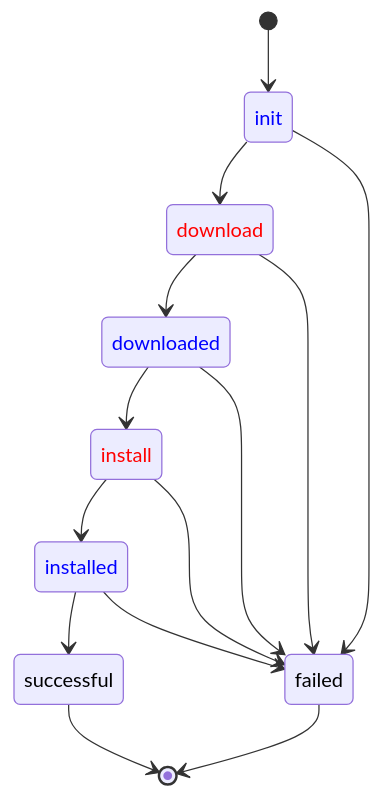
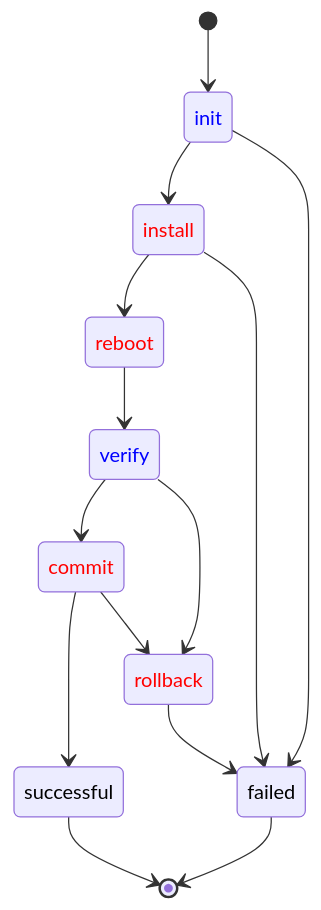
One commit to thin-edge/thin-edge.io changed the diagram in docs/src/references/agent/operation-workflow.md. Above: the diagram before and after it, drawn with Mermaid. The commit also changed other lines of this file and 3 other files, not shown here.

````diff
--- a/docs/src/references/agent/operation-workflow.md
+++ b/docs/src/references/agent/operation-workflow.md
@@ -32,25 +32,25 @@
 ```mermaid
 stateDiagram-v2
     [*] --> init
-    init --> download
-    download --> downloaded
-    downloaded --> install
-    install --> installed 
-    installed --> successful
+    init --> install
+    install --> reboot 
+    reboot --> verify
+    verify --> commit
+    commit --> successful
     init --> failed
-    download --> failed
-    downloaded --> failed
     install --> failed
-    installed --> failed
+    verify --> rollback
+    commit --> rollback
+    rollback --> failed
     successful --> [*]
     failed --> [*]
     
     classDef specific color:blue;
-    class init, downloaded, installed specific
+    class init, verify specific
     
     classDef plugin color:red;
-    class download, install plugin
+    class install, reboot, commit, rollback plugin
        
     classDef mapper color:black;
     class successful, failed mapper
 ```
````
